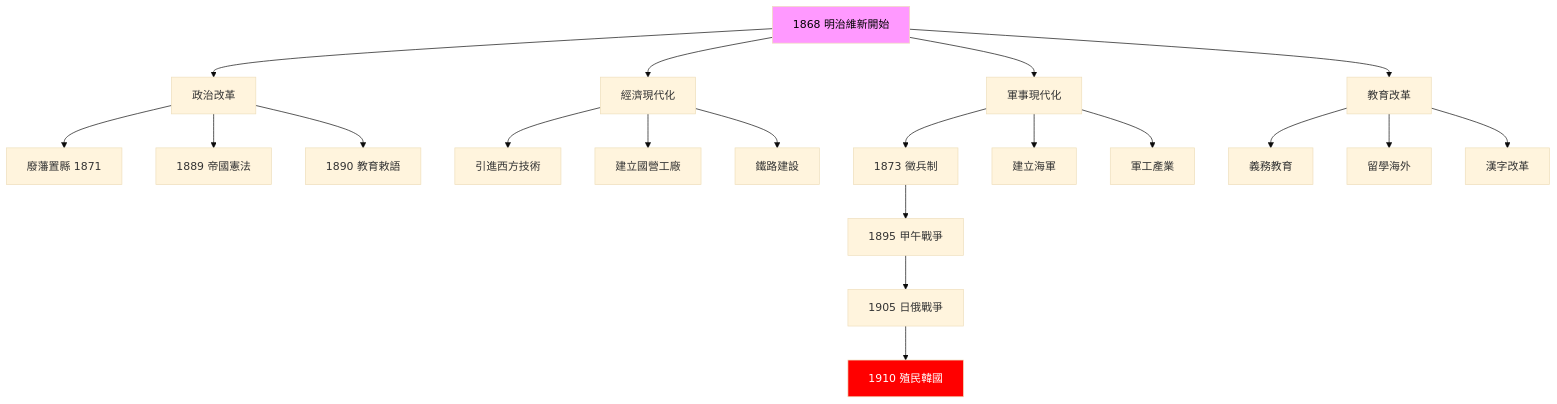
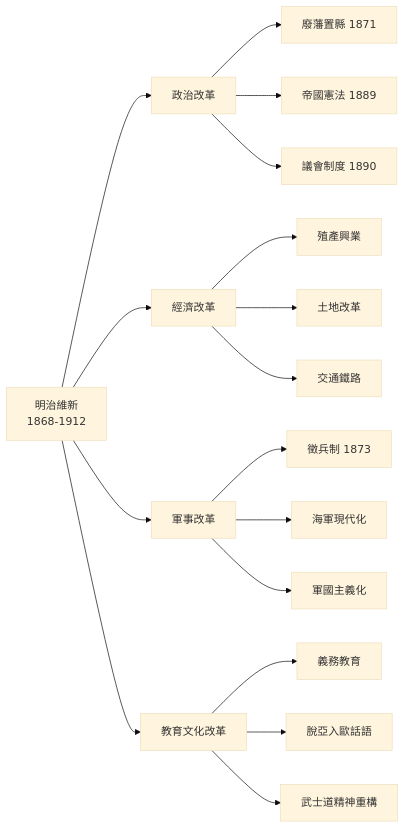
Before and after one commit to yip-lgtm/HKU-Harvard-History-Self-Study: the seventh of 8 diagrams in 01_HKU_Courses/HIST1023_Modern_East_Asia.md, drawn with Mermaid (base theme). The commit also changed other lines of this file and 65 other files, not shown here.

````diff
--- a/01_HKU_Courses/HIST1023_Modern_East_Asia.md
+++ b/01_HKU_Courses/HIST1023_Modern_East_Asia.md
@@ -210,30 +287,19 @@
 ```mermaid
-flowchart TD
-    A[1868 明治維新開始] --> B[政治改革]
-    A --> C[經濟現代化]
-    A --> D[軍事現代化]
-    A --> E[教育改革]
-    
-    B --> B1[廢藩置縣 1871]
-    B --> B2[1889 帝國憲法]
-    B --> B3[1890 教育敕語]
-    
-    C --> C1[引進西方技術]
-    C --> C2[建立國營工廠]
-    C --> C3[鐵路建設]
-    
-    D --> D1[1873 徵兵制]
-    D --> D2[建立海軍]
-    D --> D3[軍工產業]
-    
-    E --> E1[義務教育]
-    E --> E2[留學海外]
-    E --> E3[漢字改革]
-    
-    D1 --> F[1895 甲午戰爭]
-    F --> G[1905 日俄戰爭]
-    G --> H[1910 殖民韓國]
-    
-    style A fill:#f9f,color:#000
-    style H fill:#f00,color:#fff
+graph LR
+    A["明治維新<br/>1868-1912"] --> B["政治改革"]
+    A --> C["經濟改革"]
+    A --> D["軍事改革"]
+    A --> E["教育文化改革"]
+    B --> B1["廢藩置縣 1871"]
+    B --> B2["帝國憲法 1889"]
+    B --> B3["議會制度 1890"]
+    C --> C1["殖產興業"]
+    C --> C2["土地改革"]
+    C --> C3["交通鐵路"]
+    D --> D1["徵兵制 1873"]
+    D --> D2["海軍現代化"]
+    D --> D3["軍國主義化"]
+    E --> E1["義務教育"]
+    E --> E2["脫亞入歐話語"]
+    E --> E3["武士道精神重構"]
 ```
````
